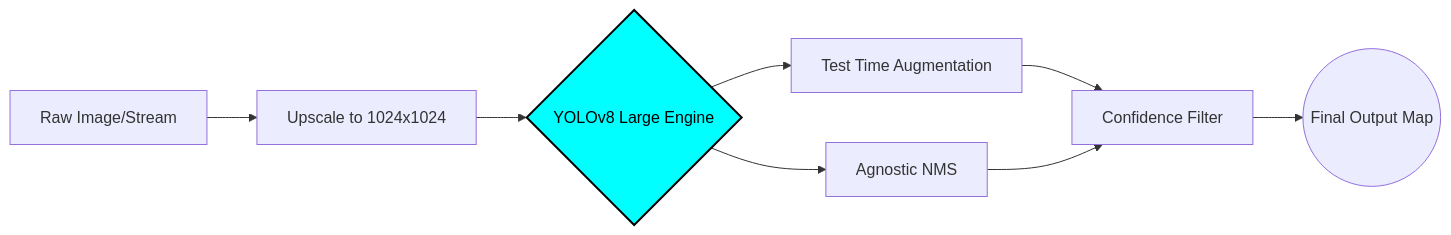
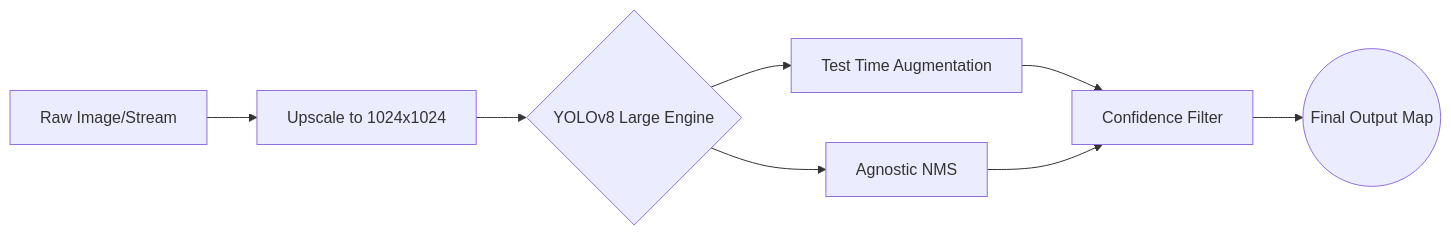
Before and after one commit to Abdullah-AYP/CV_HACKATHON_AIRLINES: the diagram in README.md, drawn with Mermaid. The commit also changed other lines of this file, not shown here.

````diff
--- a/README.md
+++ b/README.md
@@ -31,12 +29,10 @@
 ```mermaid
 graph LR
     A[Raw Image/Stream] --> B[Upscale to 1024x1024]
     B --> C{YOLOv8 Large Engine}
     C --> D[Test Time Augmentation]
     C --> E[Agnostic NMS]
     D --> F[Confidence Filter]
     E --> F
     F --> G((Final Output Map))
-    
-    style C fill:#00FFFF,stroke:#000,stroke-width:2px,color:#000
 ```
````
